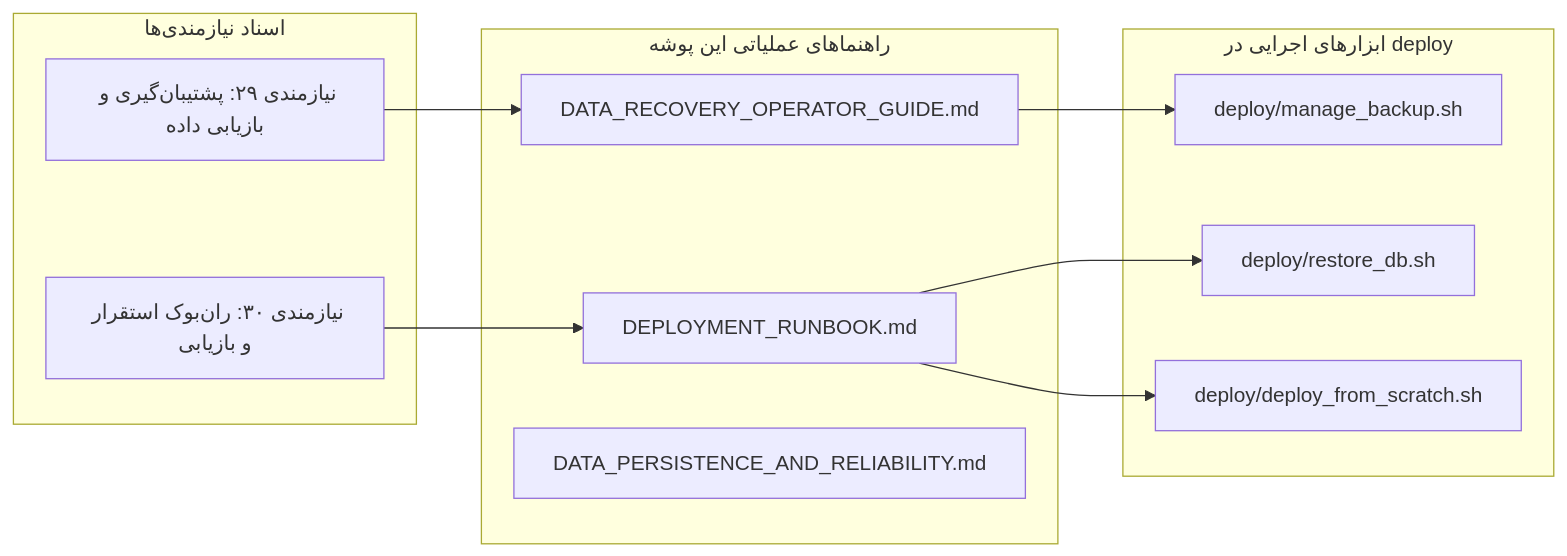
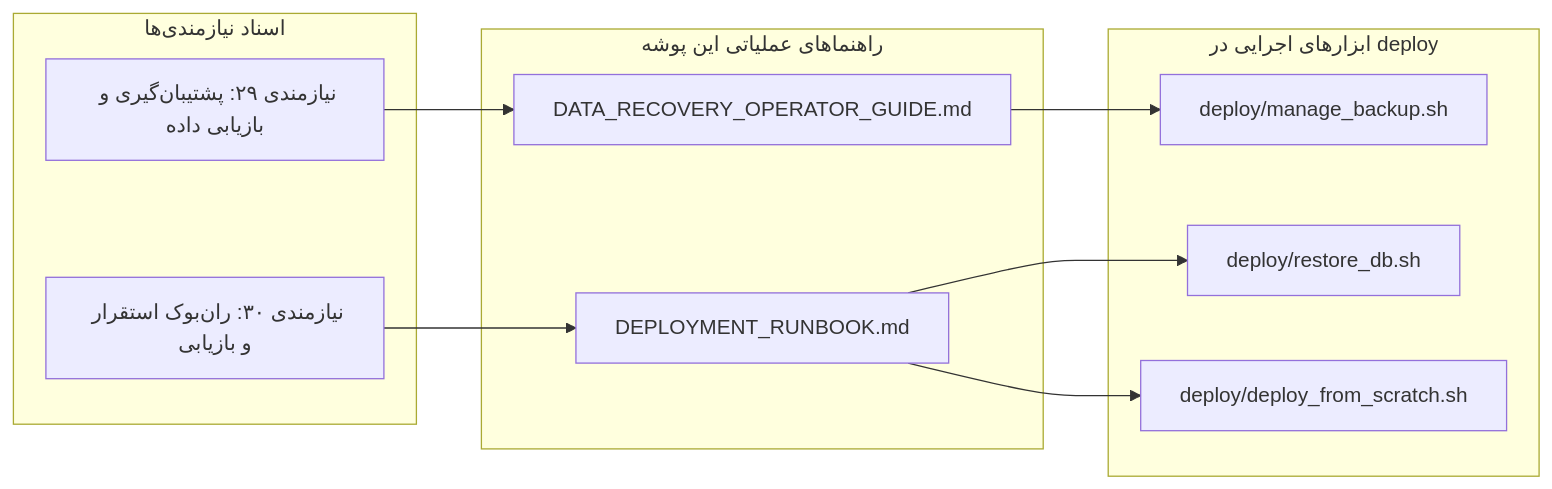
One commit to maherani/enterprise-archive-system changed the diagram in docs/backup_and_recovery/README.md. Above: the diagram before and after it, drawn with Mermaid. The commit also changed other lines of this file and 3 other files, not shown here.

Commit message:
docs: remove redundant DATA_PERSISTENCE_AND_RELIABILITY.md and consolidate recovery docs

````diff
--- a/docs/backup_and_recovery/README.md
+++ b/docs/backup_and_recovery/README.md
@@ -20,25 +19,24 @@
 ```mermaid
 graph LR
     subgraph Requirements [اسناد نیازمندی‌ها]
         R29[نیازمندی ۲۹: پشتیبان‌گیری و بازیابی داده]
         R30[نیازمندی ۳۰: ران‌بوک استقرار و بازیابی]
     end
 
     subgraph SOPs [راهنماهای عملیاتی این پوشه]
         DRG[DATA_RECOVERY_OPERATOR_GUIDE.md]
         RUN[DEPLOYMENT_RUNBOOK.md]
-        DPR[DATA_PERSISTENCE_AND_RELIABILITY.md]
     end
 
     subgraph Executables [ابزارهای اجرایی در deploy]
         MB[deploy/manage_backup.sh]
         RST[deploy/restore_db.sh]
         DPS[deploy/deploy_from_scratch.sh]
     end
 
     R29 --> DRG
     R30 --> RUN
     DRG --> MB
     RUN --> RST
     RUN --> DPS
 ```
````
